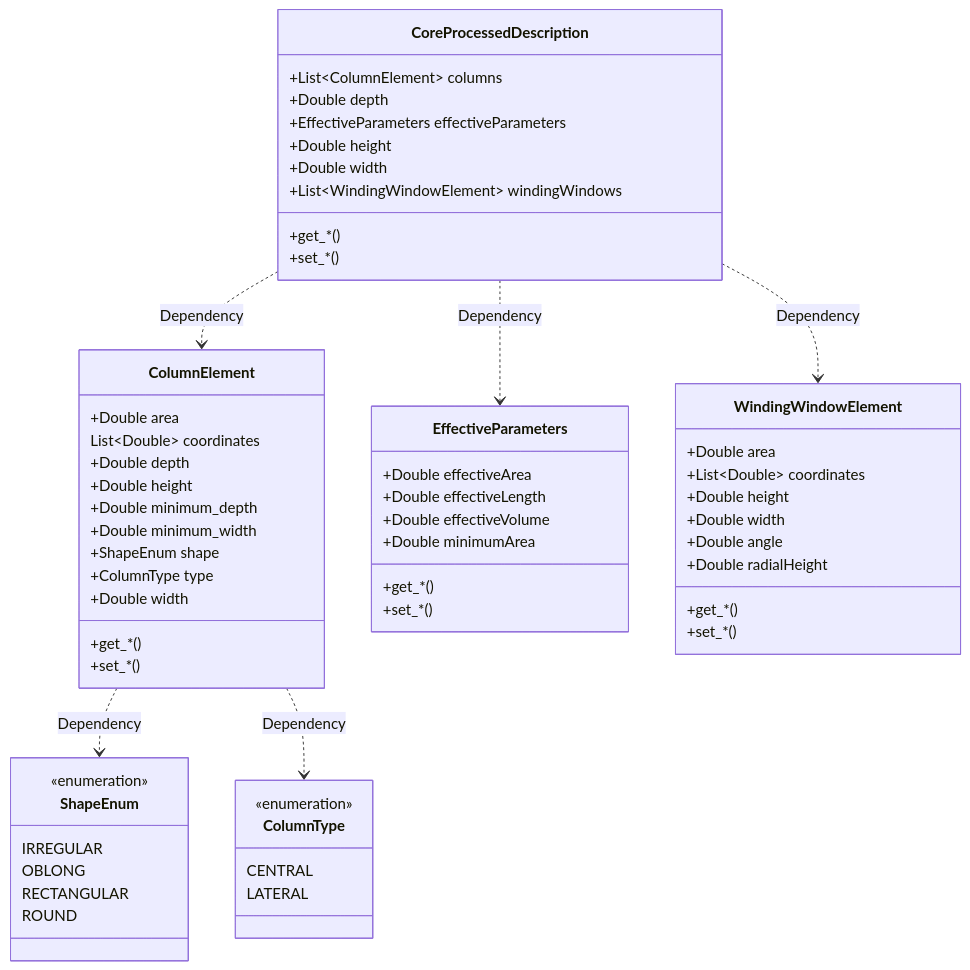
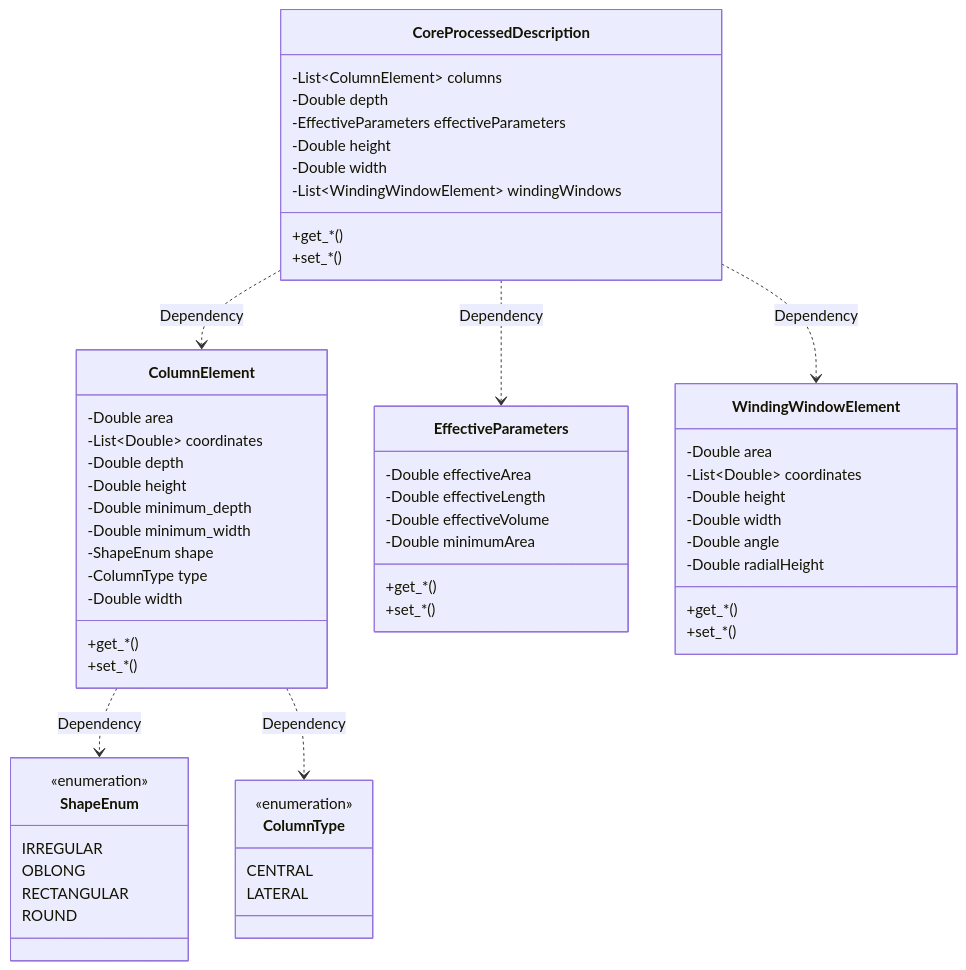
Before and after one commit to OpenMagnetics/MAS: the seventh of 8 diagrams in docs/magnetic/core.md, drawn with Mermaid. The commit also changed other lines of this file, not shown here.

````diff
--- a/docs/magnetic/core.md
+++ b/docs/magnetic/core.md
@@ -656,71 +656,71 @@
 ```mermaid
 classDiagram
 class CoreProcessedDescription {
-    +List~ColumnElement~ columns
-    +Double depth
-    +EffectiveParameters effectiveParameters
-    +Double height
-    +Double width
-    +List~WindingWindowElement~ windingWindows
+    -List~ColumnElement~ columns
+    -Double depth
+    -EffectiveParameters effectiveParameters
+    -Double height
+    -Double width
+    -List~WindingWindowElement~ windingWindows
     
     +get_*()
     +set_*()
 }
 CoreProcessedDescription ..> ColumnElement : Dependency
 CoreProcessedDescription ..> EffectiveParameters : Dependency
 CoreProcessedDescription ..> WindingWindowElement : Dependency
 
 
 class WindingWindowElement {
-    +Double area
-    +List~Double~ coordinates
-    +Double height
-    +Double width
-    +Double angle
-    +Double radialHeight
+    -Double area
+    -List~Double~ coordinates
+    -Double height
+    -Double width
+    -Double angle
+    -Double radialHeight
     
     +get_*()
     +set_*()
 }
 
 class EffectiveParameters {
-    +Double effectiveArea
-    +Double effectiveLength
-    +Double effectiveVolume
-    +Double minimumArea
+    -Double effectiveArea
+    -Double effectiveLength
+    -Double effectiveVolume
+    -Double minimumArea
     
     +get_*()
     +set_*()
 }
 
 class ColumnElement {
-    +Double area
-    List~Double~ coordinates
-    +Double depth
-    +Double height
-    +Double minimum_depth
-    +Double minimum_width
-    +ShapeEnum shape
-    +ColumnType type
-    +Double width
-    
+    -Double area
+    -List~Double~ coordinates
+    -Double depth
+    -Double height
+    -Double minimum_depth
+    -Double minimum_width
+    -ShapeEnum shape
+    -ColumnType type
+    -Double width
+
     +get_*()
     +set_*()
 }
 ColumnElement ..> ShapeEnum : Dependency
 ColumnElement ..> ColumnType : Dependency
 
 class ShapeEnum {
     <<enumeration>>
     IRREGULAR
     OBLONG
     RECTANGULAR
     ROUND
 }
 
 class ColumnType {
     <<enumeration>>
     CENTRAL
     LATERAL
 }
 ```
````
